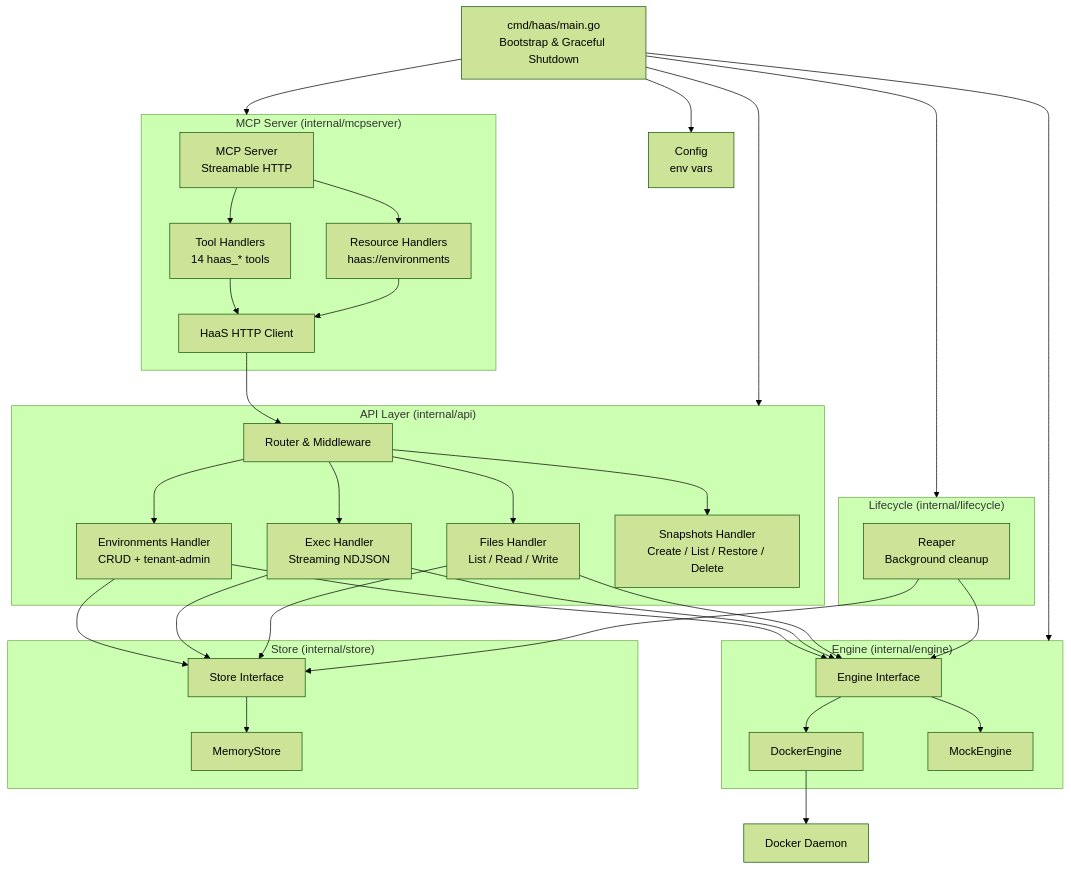
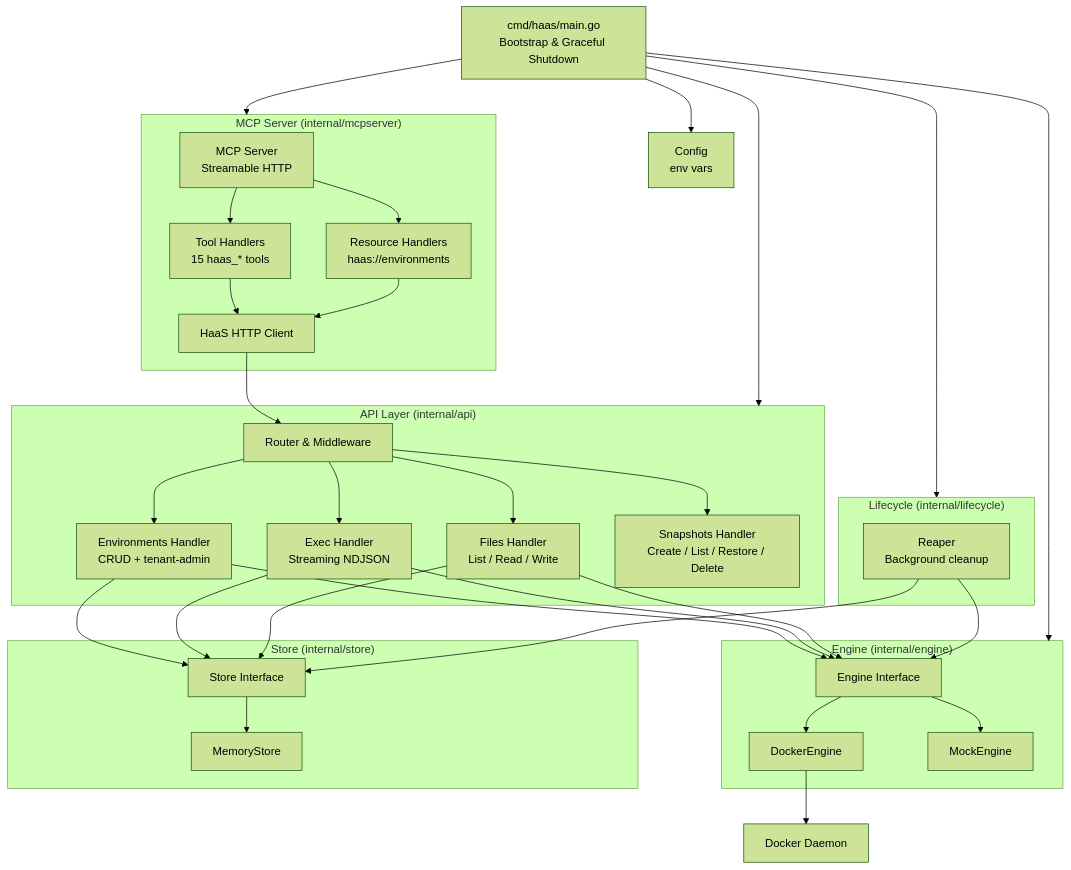
The second of 4 diagrams in README.md (dacs30/Forge-Agent-Harness-API), drawn with Mermaid (forest theme) before and after one commit. The commit also changed other lines of this file and 11 other files, not shown here.

````diff
--- a/README.md
+++ b/README.md
@@ -45,64 +45,64 @@
 ```mermaid
 graph TD
     Main["cmd/haas/main.go<br/>Bootstrap & Graceful Shutdown"]
 
     Main --> API
     Main --> MCP
     Main --> Lifecycle
     Main --> Config
     Main --> Engine
 
     subgraph API["API Layer (internal/api)"]
         Router["Router & Middleware"]
         EnvH["Environments Handler<br/>CRUD + tenant-admin"]
         ExecH["Exec Handler<br/>Streaming NDJSON"]
         FilesH["Files Handler<br/>List / Read / Write"]
         SnapH["Snapshots Handler<br/>Create / List / Restore / Delete"]
         Router --> EnvH
         Router --> ExecH
         Router --> FilesH
         Router --> SnapH
     end
 
     subgraph MCP["MCP Server (internal/mcpserver)"]
         MCPSrv["MCP Server<br/>Streamable HTTP"]
-        Tools["Tool Handlers<br/>14 haas_* tools"]
+        Tools["Tool Handlers<br/>15 haas_* tools"]
         Resources["Resource Handlers<br/>haas://environments"]
         MCPClient["HaaS HTTP Client"]
         MCPSrv --> Tools
         MCPSrv --> Resources
         Tools --> MCPClient
         Resources --> MCPClient
     end
 
     subgraph Lifecycle["Lifecycle (internal/lifecycle)"]
         Reaper["Reaper<br/>Background cleanup"]
     end
 
     subgraph Engine["Engine (internal/engine)"]
         EngineI["Engine Interface"]
         DockerE["DockerEngine"]
         MockE["MockEngine"]
         EngineI --> DockerE
         EngineI --> MockE
     end
 
     subgraph Store["Store (internal/store)"]
         StoreI["Store Interface"]
         MemStore["MemoryStore"]
         StoreI --> MemStore
     end
 
     Config["Config<br/>env vars"]
 
     EnvH --> StoreI
     EnvH --> EngineI
     ExecH --> StoreI
     ExecH --> EngineI
     FilesH --> StoreI
     FilesH --> EngineI
     Reaper --> StoreI
     Reaper --> EngineI
     DockerE --> DockerD["Docker Daemon"]
     MCPClient --> Router
 ```
````
